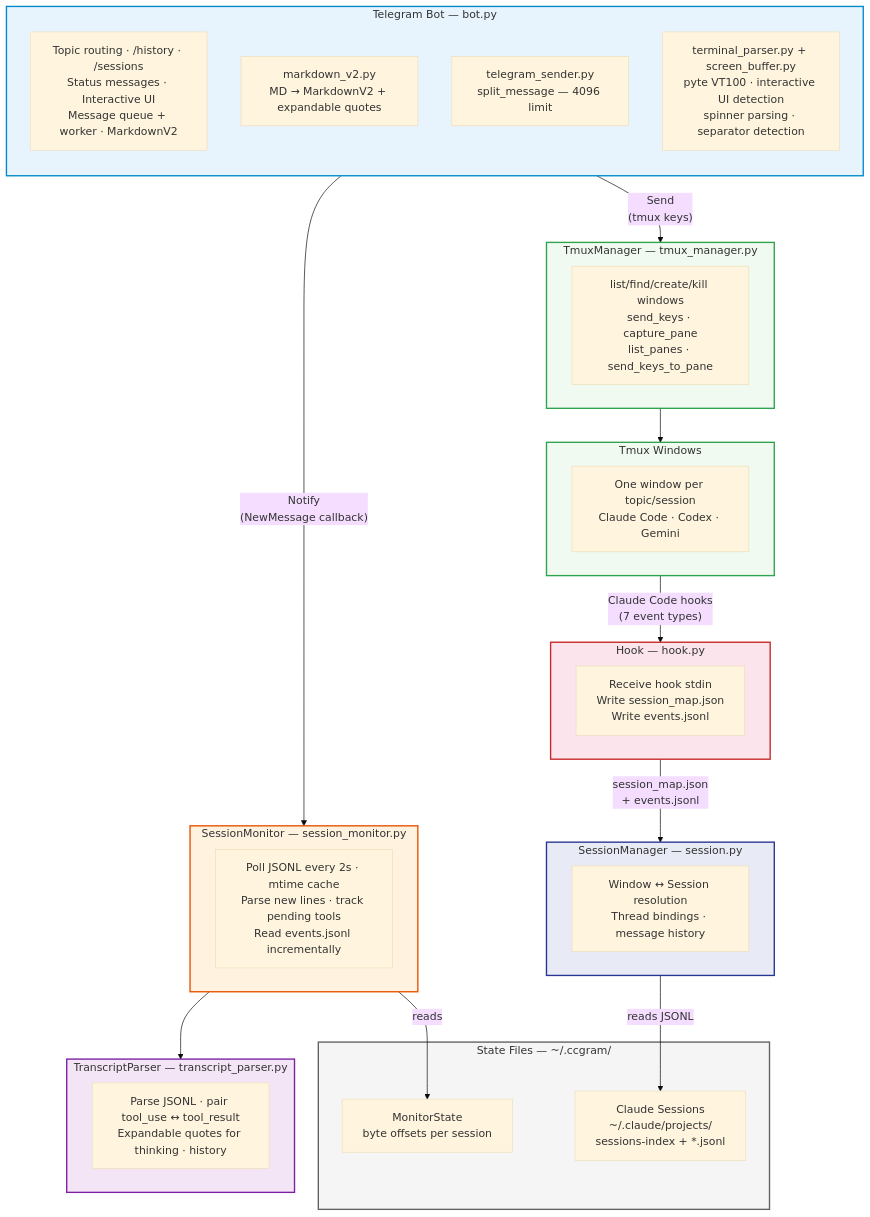
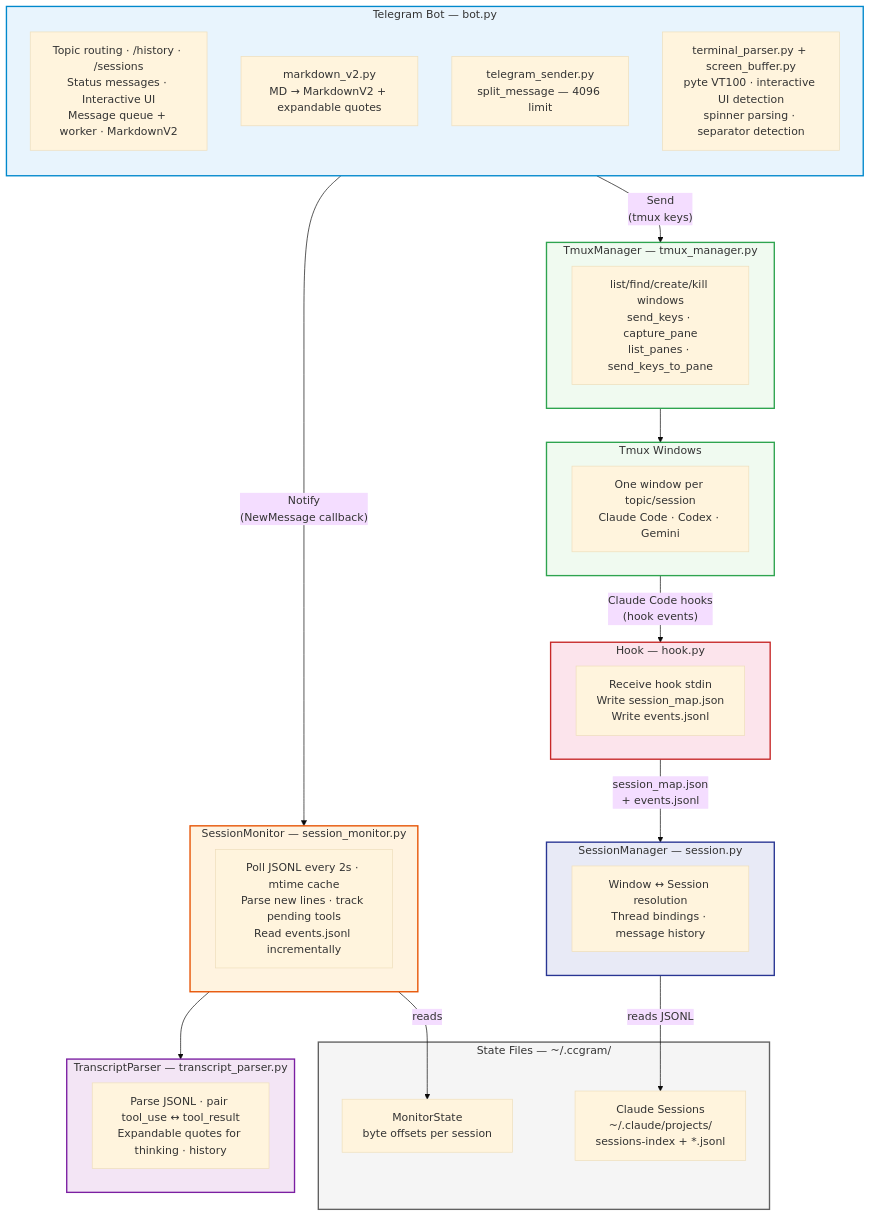
The diagram in .claude/rules/architecture.md (alexei-led/ccgram), drawn with Mermaid (base theme) before and after one commit. The commit also changed other lines of this file and 45 other files, not shown here.

````diff
--- a/.claude/rules/architecture.md
+++ b/.claude/rules/architecture.md
@@ -3,57 +3,57 @@
 ```mermaid
 graph TB
     subgraph bot["Telegram Bot — bot.py"]
         direction TB
         BotCore["Topic routing · /history · /sessions\nStatus messages · Interactive UI\nMessage queue + worker · MarkdownV2"]
         BotSub1["markdown_v2.py\nMD → MarkdownV2 + expandable quotes"]
         BotSub2["telegram_sender.py\nsplit_message — 4096 limit"]
         Terminal["terminal_parser.py + screen_buffer.py\npyte VT100 · interactive UI detection\nspinner parsing · separator detection"]
     end
 
     subgraph monitor["SessionMonitor — session_monitor.py"]
         Mon["Poll JSONL every 2s · mtime cache\nParse new lines · track pending tools\nRead events.jsonl incrementally"]
     end
 
     subgraph tmux["TmuxManager — tmux_manager.py"]
         Tmux["list/find/create/kill windows\nsend_keys · capture_pane\nlist_panes · send_keys_to_pane"]
     end
 
     subgraph parsing["TranscriptParser — transcript_parser.py"]
         TP["Parse JSONL · pair tool_use ↔ tool_result\nExpandable quotes for thinking · history"]
     end
 
     subgraph windows["Tmux Windows"]
         Win["One window per topic/session\nClaude Code · Codex · Gemini"]
     end
 
     subgraph hook["Hook — hook.py"]
         Hook["Receive hook stdin\nWrite session_map.json\nWrite events.jsonl"]
     end
 
     subgraph session["SessionManager — session.py"]
         SM["Window ↔ Session resolution\nThread bindings · message history"]
     end
 
     subgraph state["State Files — ~/.ccgram/"]
         MonState["MonitorState\nbyte offsets per session"]
         Sessions["Claude Sessions\n~/.claude/projects/\nsessions-index + *.jsonl"]
     end
 
     bot -- "Notify\n(NewMessage callback)" --> monitor
     bot -- "Send\n(tmux keys)" --> tmux
     monitor --> parsing
     tmux --> windows
-    windows -- "Claude Code hooks\n(7 event types)" --> hook
+    windows -- "Claude Code hooks\n(hook events)" --> hook
     hook -- "session_map.json\n+ events.jsonl" --> session
     session -- "reads JSONL" --> Sessions
     monitor -- "reads" --> MonState
 
     style bot fill:#e8f4fd,stroke:#0088cc,stroke-width:2px,color:#333
     style monitor fill:#fff3e0,stroke:#e65100,stroke-width:2px,color:#333
     style tmux fill:#f0faf0,stroke:#2ea44f,stroke-width:2px,color:#333
     style parsing fill:#f3e5f5,stroke:#7b1fa2,stroke-width:2px,color:#333
     style windows fill:#f0faf0,stroke:#2ea44f,stroke-width:2px,color:#333
     style hook fill:#fce4ec,stroke:#c62828,stroke-width:2px,color:#333
     style session fill:#e8eaf6,stroke:#283593,stroke-width:2px,color:#333
     style state fill:#f5f5f5,stroke:#616161,stroke-width:2px,color:#333
 ```
````
